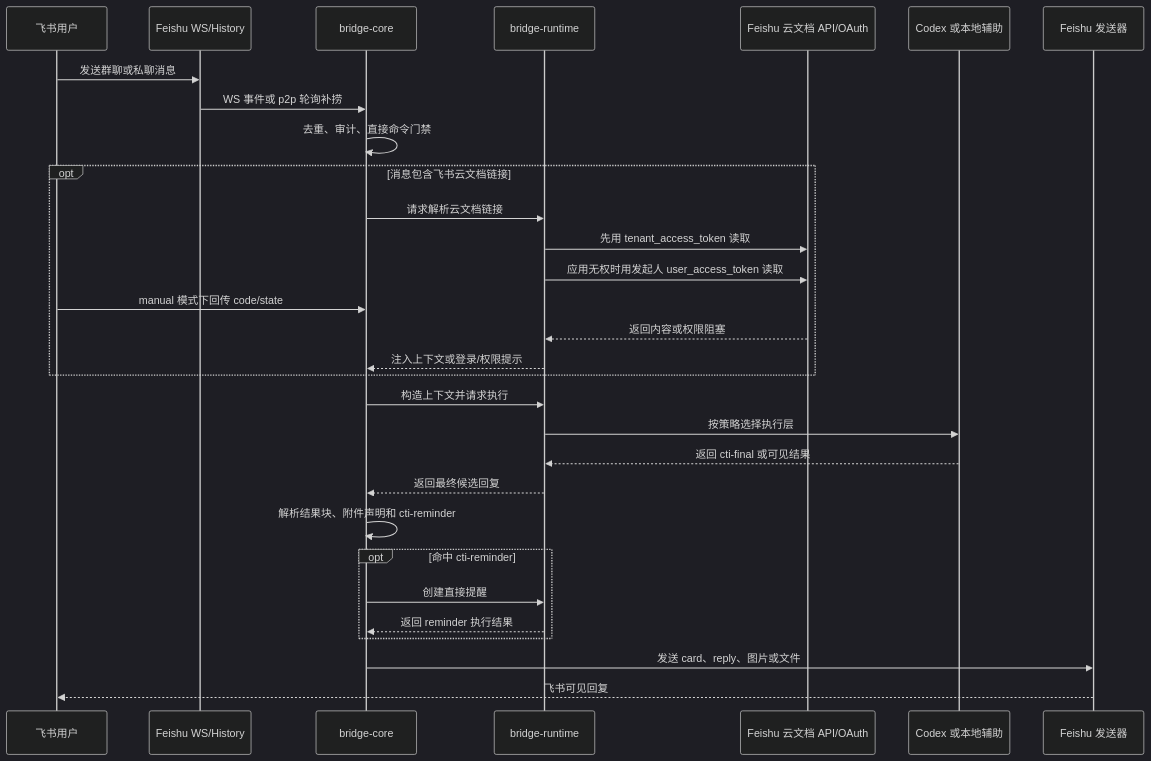
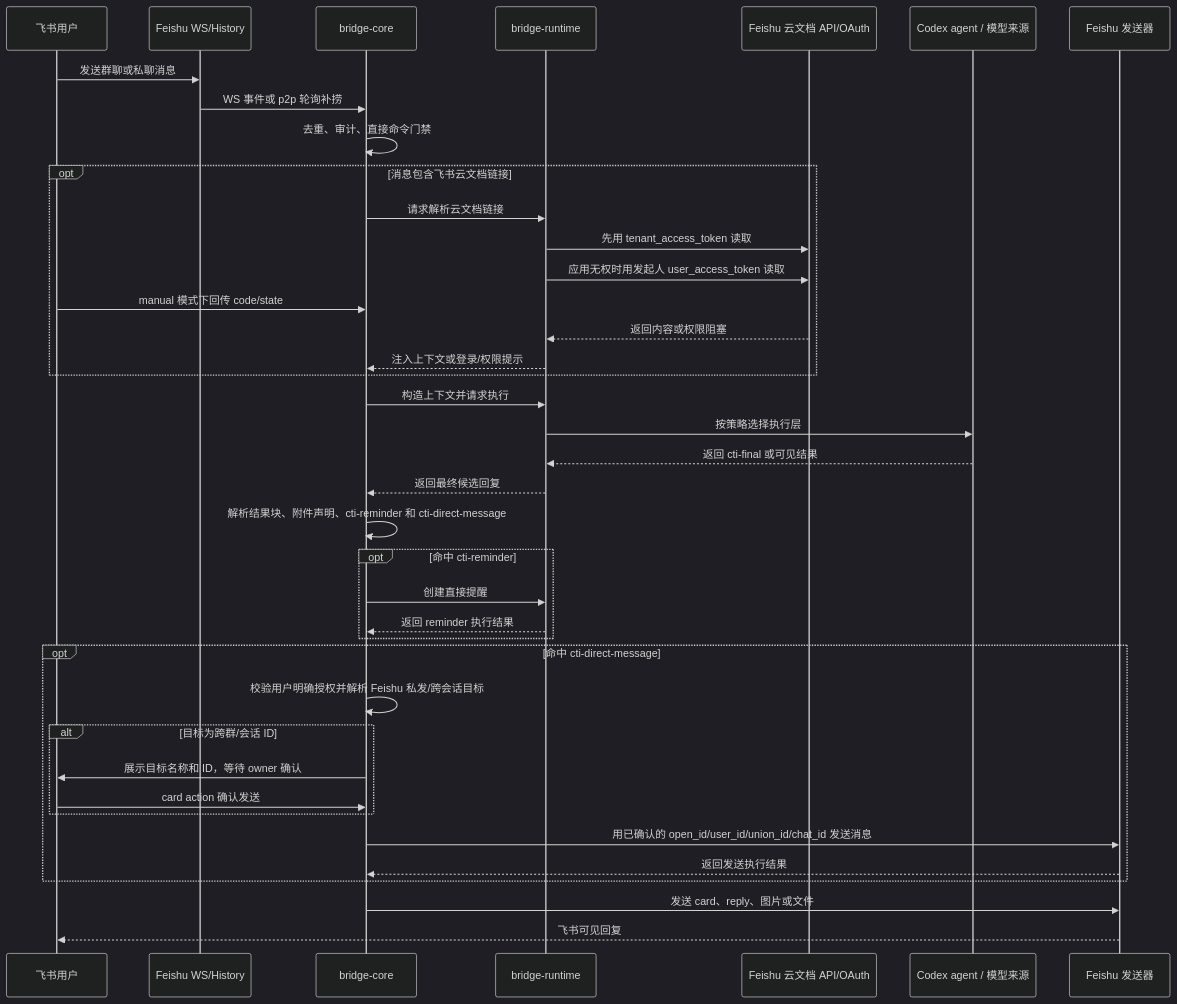
The third of 9 diagrams in release/portable/docs/PROJECT-ARCHITECTURE.md (dddfuxi/codex-im-suite), drawn with Mermaid (dark theme) before and after one commit. The commit also changed other lines of this file and 57 other files, not shown here.

````diff
--- a/release/portable/docs/PROJECT-ARCHITECTURE.md
+++ b/release/portable/docs/PROJECT-ARCHITECTURE.md
@@ -99,33 +112,42 @@
 ```mermaid
 sequenceDiagram
   participant User as 飞书用户
   participant Feishu as Feishu WS/History
   participant Core as bridge-core
   participant Runtime as bridge-runtime
   participant Cloud as Feishu 云文档 API/OAuth
-  participant Provider as Codex 或本地辅助
+  participant Provider as Codex agent / 模型来源
   participant Sender as Feishu 发送器
 
   User->>Feishu: 发送群聊或私聊消息
   Feishu->>Core: WS 事件或 p2p 轮询补捞
   Core->>Core: 去重、审计、直接命令门禁
   opt 消息包含飞书云文档链接
     Core->>Runtime: 请求解析云文档链接
     Runtime->>Cloud: 先用 tenant_access_token 读取
     Runtime->>Cloud: 应用无权时用发起人 user_access_token 读取
     User->>Core: manual 模式下回传 code/state
     Cloud-->>Runtime: 返回内容或权限阻塞
     Runtime-->>Core: 注入上下文或登录/权限提示
   end
   Core->>Runtime: 构造上下文并请求执行
   Runtime->>Provider: 按策略选择执行层
   Provider-->>Runtime: 返回 cti-final 或可见结果
   Runtime-->>Core: 返回最终候选回复
-  Core->>Core: 解析结果块、附件声明和 cti-reminder
+  Core->>Core: 解析结果块、附件声明、cti-reminder 和 cti-direct-message
   opt 命中 cti-reminder
     Core->>Runtime: 创建直接提醒
     Runtime-->>Core: 返回 reminder 执行结果
   end
+  opt 命中 cti-direct-message
+    Core->>Core: 校验用户明确授权并解析 Feishu 私发/跨会话目标
+    alt 目标为跨群/会话 ID
+      Core->>User: 展示目标名称和 ID，等待 owner 确认
+      User->>Core: card action 确认发送
+    end
+    Core->>Sender: 用已确认的 open_id/user_id/union_id/chat_id 发送消息
+    Sender-->>Core: 返回发送执行结果
+  end
   Core->>Sender: 发送 card、reply、图片或文件
   Sender-->>User: 飞书可见回复
 ```
````
